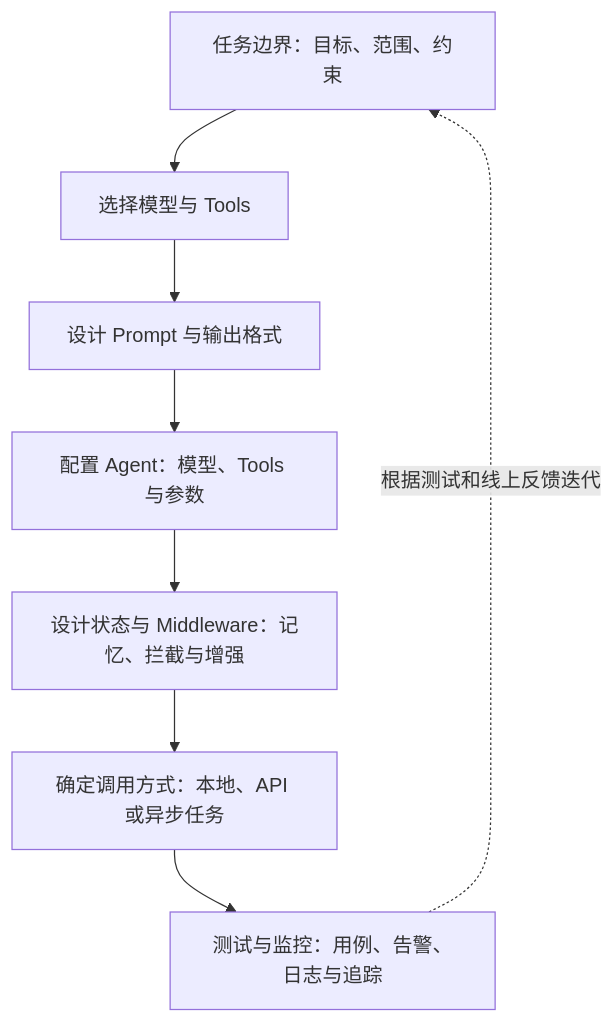
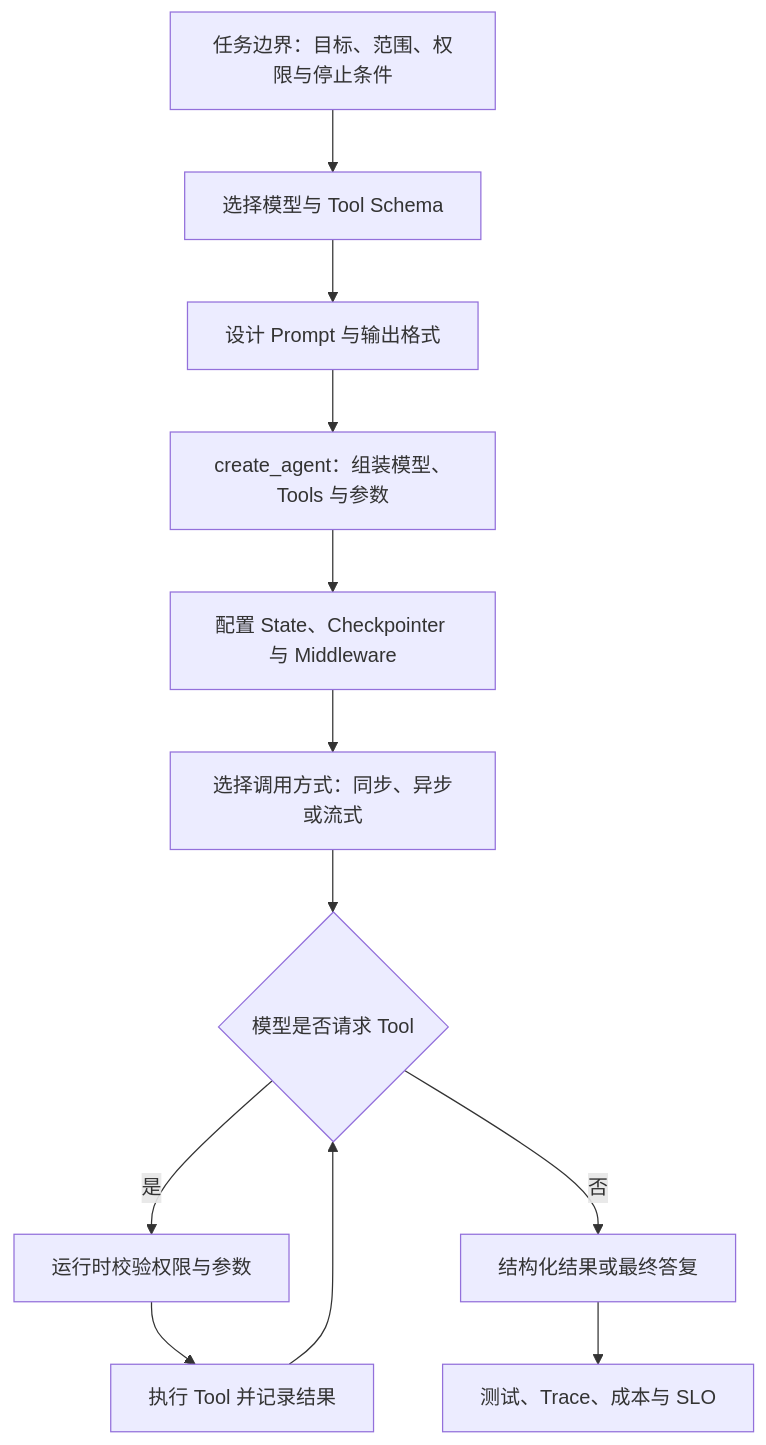
Before and after one commit to lijihao-0804/interview-forge: the second of 15 diagrams in books/小林面试笔记AI/langchain/《LangChain 框架面试题》.md, drawn with Mermaid. The commit also changed other lines of this file and 1915 other files, not shown here.

````diff
--- a/books/小林面试笔记AI/langchain/《LangChain 框架面试题》.md
+++ b/books/小林面试笔记AI/langchain/《LangChain 框架面试题》.md
@@ -207,10 +196,14 @@
 ```mermaid
 flowchart TD
-    A[任务边界：目标、范围、约束] --> B[选择模型与 Tools]
+    A[任务边界：目标、范围、权限与停止条件] --> B[选择模型与 Tool Schema]
     B --> C[设计 Prompt 与输出格式]
-    C --> D[配置 Agent：模型、Tools 与参数]
-    D --> E[设计状态与 Middleware：记忆、拦截与增强]
-    E --> F[确定调用方式：本地、API 或异步任务]
-    F --> G[测试与监控：用例、告警、日志与追踪]
-    G -.根据测试和线上反馈迭代.-> A
+    C --> D[create_agent：组装模型、Tools 与参数]
+    D --> E[配置 State、Checkpointer 与 Middleware]
+    E --> F[选择调用方式：同步、异步或流式]
+    F --> G{模型是否请求 Tool}
+    G -->|是| H[运行时校验权限与参数]
+    H --> I[执行 Tool 并记录结果]
+    I --> G
+    G -->|否| J[结构化结果或最终答复]
+    J --> K[测试、Trace、成本与 SLO]
 ```
````
